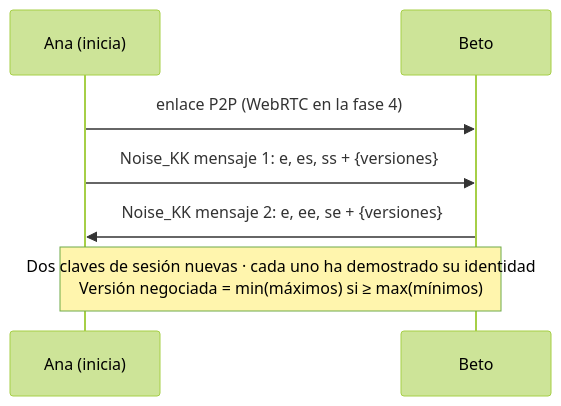
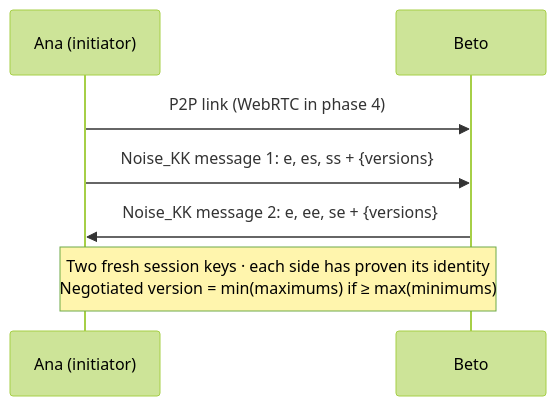
Before and after one commit to fsoftt/Murmur: the third of 6 diagrams in website/guide/life-of-a-message.md, drawn with Mermaid (forest theme). The commit also changed other lines of this file and 51 other files, not shown here.

````diff
--- a/website/guide/life-of-a-message.md
+++ b/website/guide/life-of-a-message.md
@@ -46,9 +46,9 @@
 ```mermaid
 sequenceDiagram
-    participant A as Ana (inicia)
+    participant A as Ana (initiator)
     participant B as Beto
-    A->>B: enlace P2P (WebRTC en la fase 4)
-    A->>B: Noise_KK mensaje 1: e, es, ss + {versiones}
-    B->>A: Noise_KK mensaje 2: e, ee, se + {versiones}
-    Note over A,B: Dos claves de sesión nuevas · cada uno ha demostrado su identidad<br/>Versión negociada = min(máximos) si ≥ max(mínimos)
+    A->>B: P2P link (WebRTC in phase 4)
+    A->>B: Noise_KK message 1: e, es, ss + {versions}
+    B->>A: Noise_KK message 2: e, ee, se + {versions}
+    Note over A,B: Two fresh session keys · each side has proven its identity<br/>Negotiated version = min(maximums) if ≥ max(minimums)
 ```
````
